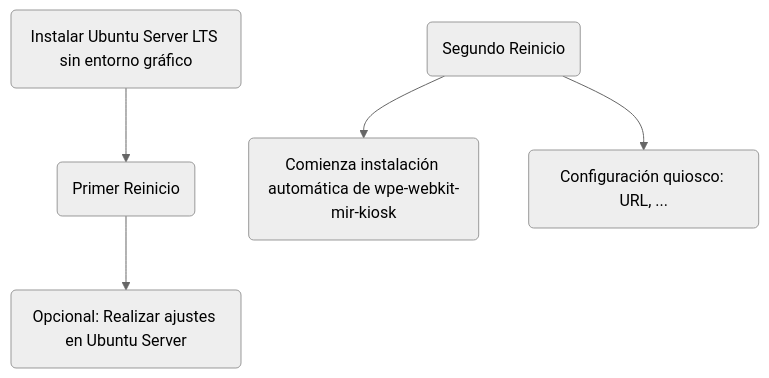
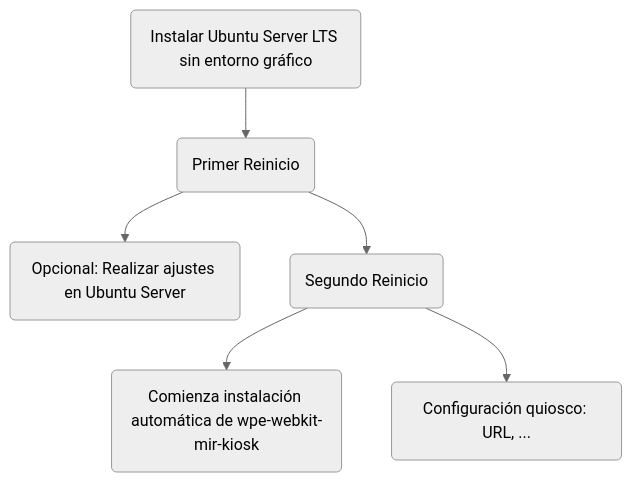
The diagram in README.md (digitaliza-aapp/test), drawn with Mermaid (neutral theme) before and after one commit.

````diff
--- a/README.md
+++ b/README.md
@@ -52,7 +52,8 @@
 ```mermaid
 graph TD;
     Server(Instalar Ubuntu Server LTS sin entorno gráfico)-->1_Reinicio(Primer reinicio del sistema);
     1_Reinicio(Primer Reinicio)-->Opcional_1_Reinicio(Opcional: Realizar ajustes en Ubuntu Server);
-    2_Reinicio(Segundo Reinicio)-->Wpe-webkit(Comienza instalación automática de wpe-webkit-mir-kiosk);
+    1_Reinicio-->2_Reinicio(Segundo Reinicio);
+    2_Reinicio-->Wpe-webkit(Comienza instalación automática de wpe-webkit-mir-kiosk);
     2_Reinicio-->Configuracion_Kiosk(Configuración quiosco: URL, ...);
 ```
````
